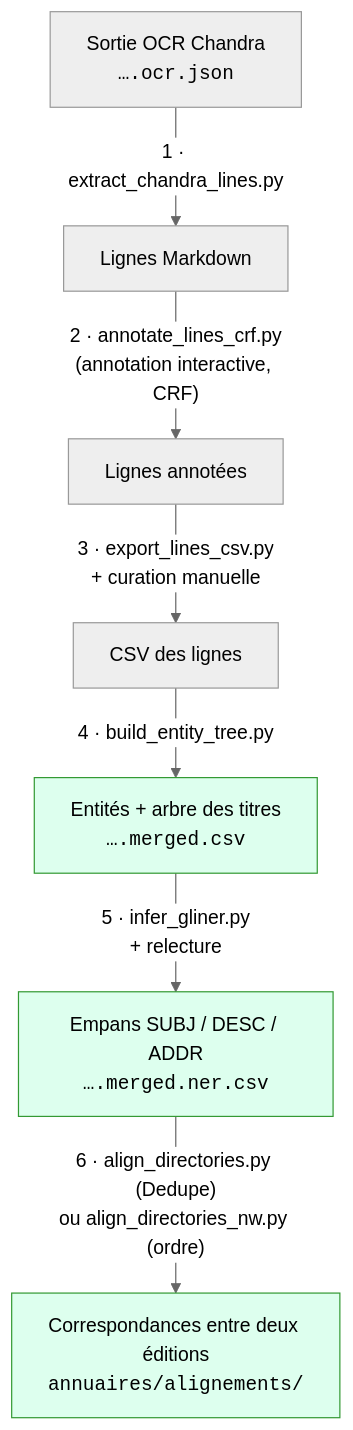
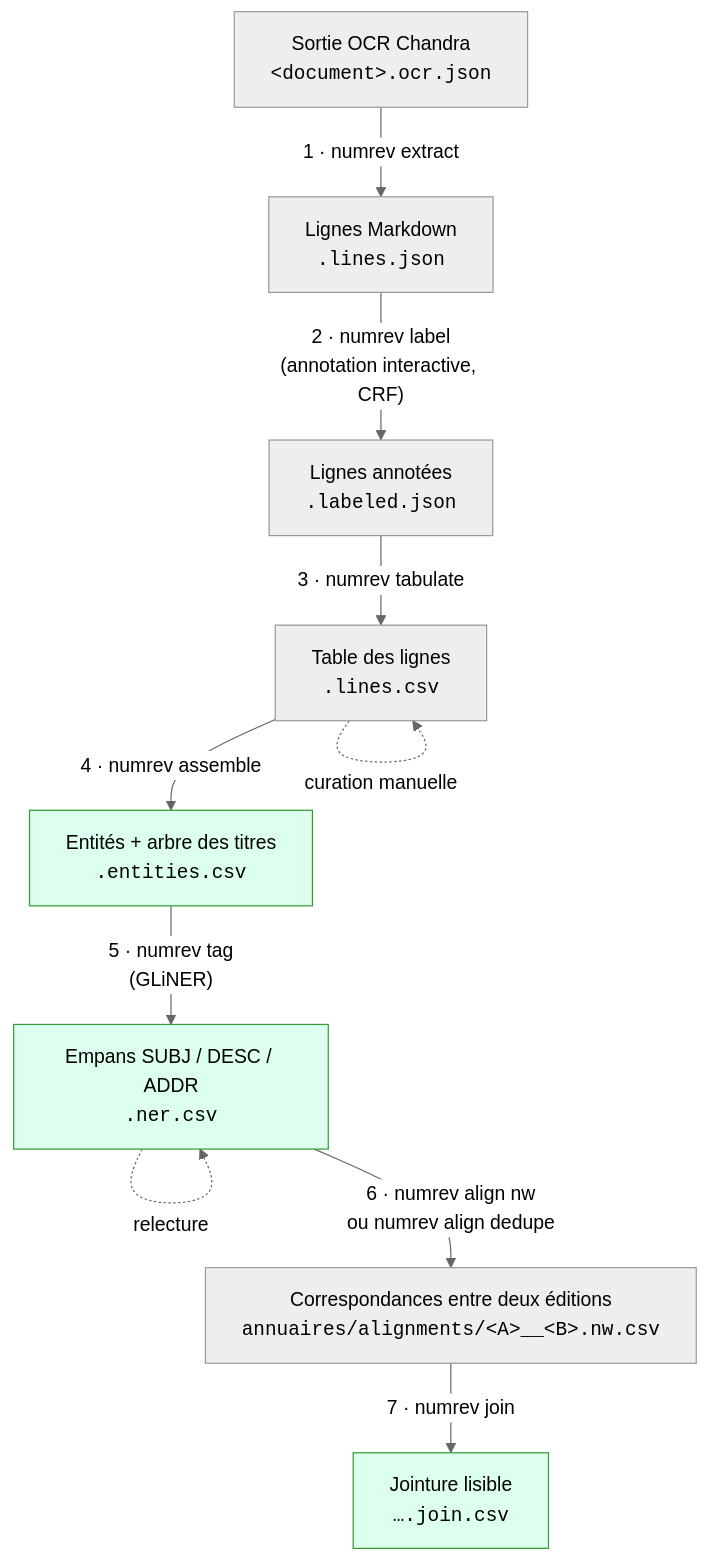
Before and after one commit to HueyNemud/adresses_revolutionnaires: the diagram in README.md, drawn with Mermaid (neutral theme). The commit also changed other lines of this file and 135 other files, not shown here.

````diff
--- a/README.md
+++ b/README.md
@@ -34,14 +40,17 @@
 ```mermaid
 flowchart TD
-    A["Sortie OCR Chandra<br/><code>….ocr.json</code>"]
-    A -->|"1 · extract_chandra_lines.py"| B["Lignes Markdown"]
-    B -->|"2 · annotate_lines_crf.py<br/>(annotation interactive, CRF)"| C["Lignes annotées"]
-    C -->|"3 · export_lines_csv.py<br/>+ curation manuelle"| D["CSV des lignes"]
-    D -->|"4 · build_entity_tree.py"| E["Entités + arbre des titres<br/><code>….merged.csv</code>"]
-    E -->|"5 · infer_gliner.py<br/>+ relecture"| F["Empans SUBJ / DESC / ADDR<br/><code>….merged.ner.csv</code>"]
-    F -->|"6 · align_directories.py (Dedupe)<br/>ou align_directories_nw.py (ordre)"| G["Correspondances entre deux éditions<br/><code>annuaires/alignements/</code>"]
+    A["Sortie OCR Chandra<br/><code>&lt;document&gt;.ocr.json</code>"]
+    A -->|"1 · numrev extract"| B["Lignes Markdown<br/><code>.lines.json</code>"]
+    B -->|"2 · numrev label<br/>(annotation interactive, CRF)"| C["Lignes annotées<br/><code>.labeled.json</code>"]
+    C -->|"3 · numrev tabulate"| D["Table des lignes<br/><code>.lines.csv</code>"]
+    D -.->|"curation manuelle"| D
+    D -->|"4 · numrev assemble"| E["Entités + arbre des titres<br/><code>.entities.csv</code>"]
+    E -->|"5 · numrev tag<br/>(GLiNER)"| F["Empans SUBJ / DESC / ADDR<br/><code>.ner.csv</code>"]
+    F -.->|"relecture"| F
+    F -->|"6 · numrev align nw<br/>ou numrev align dedupe"| G["Correspondances entre deux éditions<br/><code>annuaires/alignments/&lt;A&gt;__&lt;B&gt;.nw.csv</code>"]
+    G -->|"7 · numrev join"| H["Jointure lisible<br/><code>….join.csv</code>"]
 
     style E fill:#dfe,stroke:#393
     style F fill:#dfe,stroke:#393
-    style G fill:#dfe,stroke:#393
+    style H fill:#dfe,stroke:#393
 ```
````
